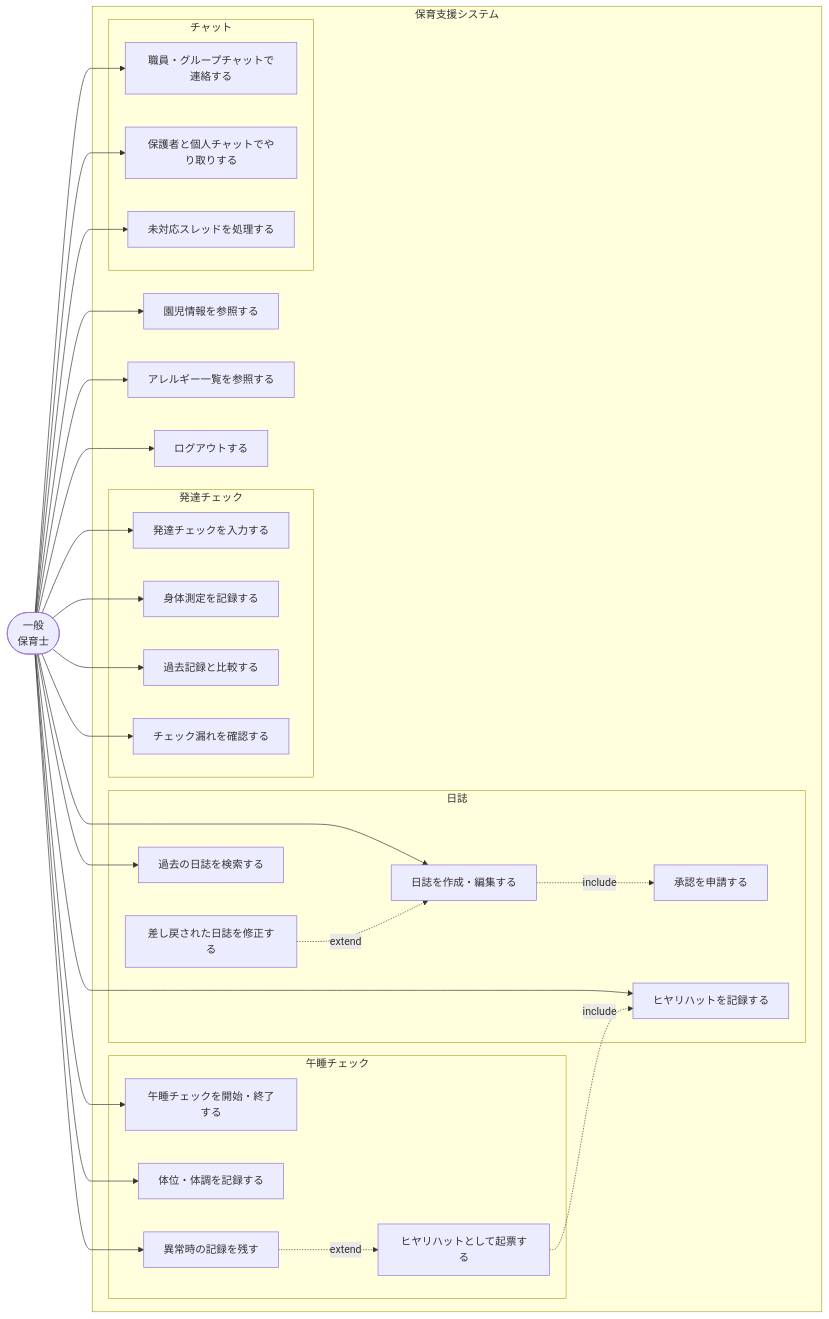
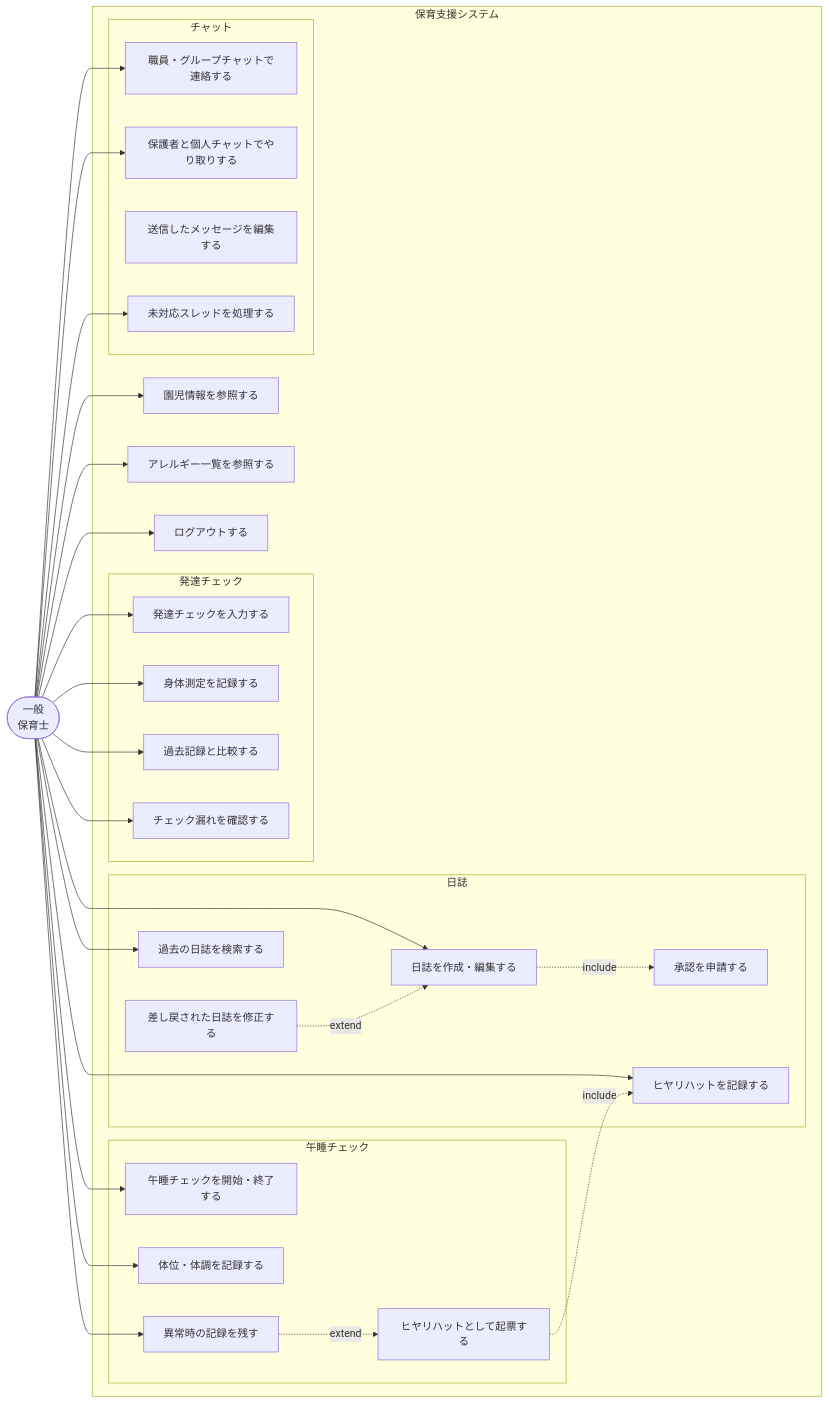
Before and after one commit to issei0423/sukusuku_system: the fourth of 5 diagrams in 図/ユースケース図.md, drawn with Mermaid. The commit also changed other lines of this file and 10 other files, not shown here.

First line of the commit message:
基本設計書 第2.0版の「メッセージの編集」に各図と実装を追随させた

````diff
--- a/図/ユースケース図.md
+++ b/図/ユースケース図.md
@@ -167,55 +170,56 @@
 ```mermaid
 flowchart LR
     STAFF(["一般<br>保育士"])
 
     subgraph SYS["保育支援システム"]
         subgraph D["日誌"]
             S1["日誌を作成・編集する"]
             S2["承認を申請する"]
             S3["差し戻された日誌を修正する"]
             S4["ヒヤリハットを記録する"]
             S5["過去の日誌を検索する"]
         end
         subgraph N["午睡チェック"]
             S6["午睡チェックを開始・終了する"]
             S7["体位・体調を記録する"]
             S8["異常時の記録を残す"]
             S9["ヒヤリハットとして起票する"]
         end
         subgraph V["発達チェック"]
             S10["発達チェックを入力する"]
             S11["身体測定を記録する"]
             S12["過去記録と比較する"]
             S13["チェック漏れを確認する"]
         end
         subgraph C["チャット"]
             S14["職員・グループチャットで連絡する"]
             S15["保護者と個人チャットでやり取りする"]
+            S15b["送信したメッセージを編集する"]
             S16["未対応スレッドを処理する"]
         end
         S17["園児情報を参照する"]
         S18["アレルギー一覧を参照する"]
         S19["ログアウトする"]
     end
 
     STAFF --> S1
     STAFF --> S4
     STAFF --> S5
     STAFF --> S6
     STAFF --> S7
     STAFF --> S8
     STAFF --> S10
     STAFF --> S11
     STAFF --> S12
     STAFF --> S13
     STAFF --> S14
     STAFF --> S15
     STAFF --> S16
     STAFF --> S17
     STAFF --> S18
     STAFF --> S19
     S1 -.->|include| S2
     S3 -.->|extend| S1
     S8 -.->|extend| S9
     S9 -.->|include| S4
 ```
````
